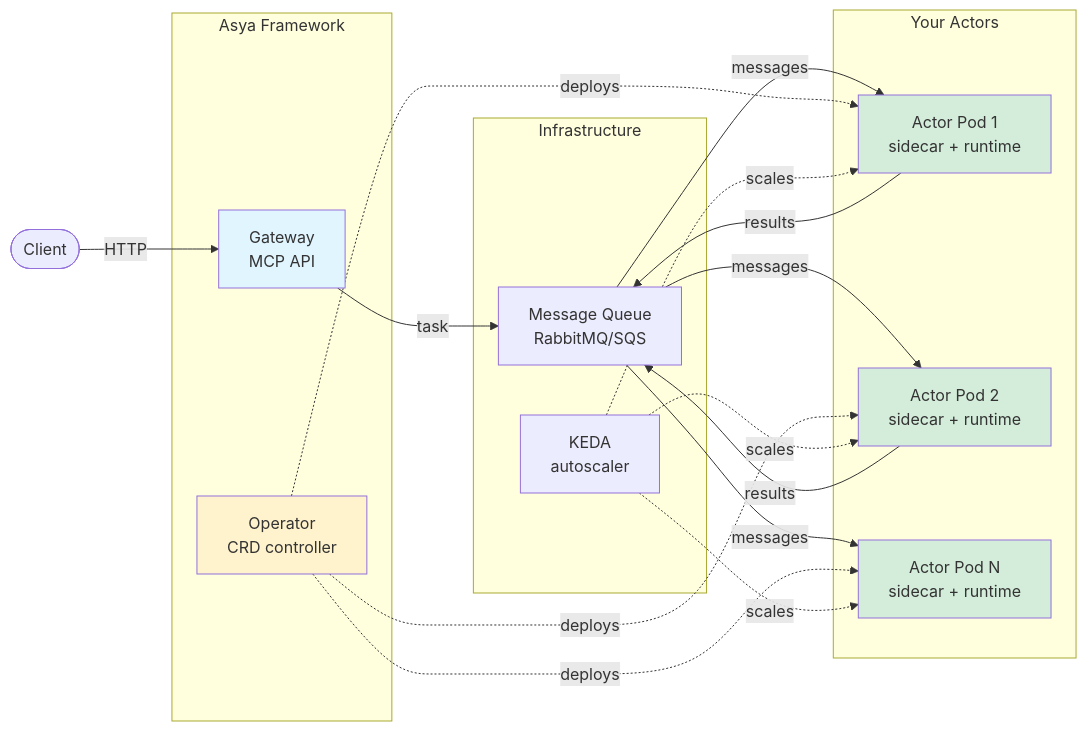
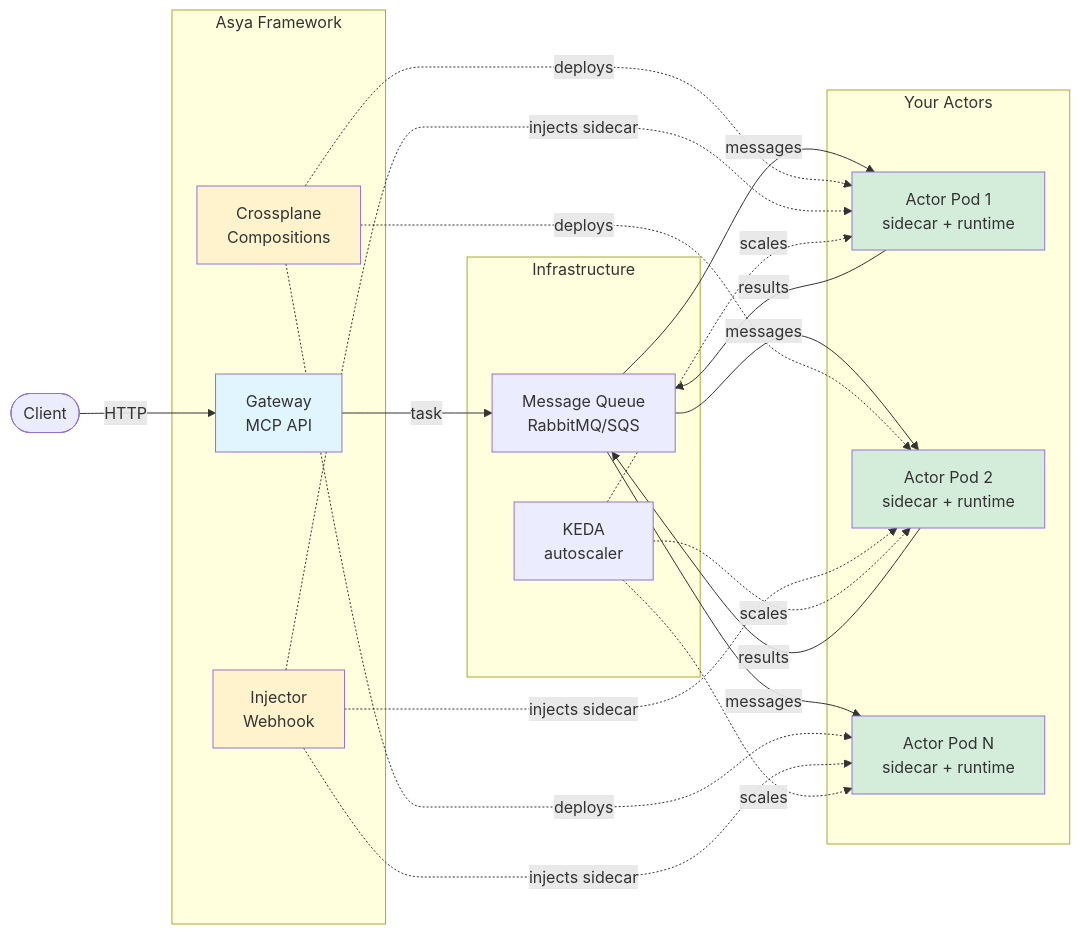
One commit to deliveryhero/asya changed the diagram in docs/architecture/README.md. Above: the diagram before and after it, drawn with Mermaid. The commit also changed other lines of this file and 52 other files, not shown here.

````diff
--- a/docs/architecture/README.md
+++ b/docs/architecture/README.md
@@ -7,41 +7,46 @@
 ```mermaid
 graph LR
     Client([Client])
 
     subgraph "Asya Framework"
         Gateway[Gateway<br/>MCP API]
-        Operator[Operator<br/>CRD controller]
+        Crossplane[Crossplane<br/>Compositions]
+        Injector[Injector<br/>Webhook]
     end
 
     subgraph "Your Actors"
         A1[Actor Pod 1<br/>sidecar + runtime]
         A2[Actor Pod 2<br/>sidecar + runtime]
         A3[Actor Pod N<br/>sidecar + runtime]
     end
 
     subgraph "Infrastructure"
         MQ[Message Queue<br/>RabbitMQ/SQS]
         KEDA[KEDA<br/>autoscaler]
     end
 
     Client -->|HTTP| Gateway
     Gateway -->|task| MQ
     MQ -->|messages| A1
     A1 -->|results| MQ
     MQ -->|messages| A2
     A2 -->|results| MQ
     MQ -->|messages| A3
 
-    Operator -.->|deploys| A1
-    Operator -.->|deploys| A2
-    Operator -.->|deploys| A3
+    Crossplane -.->|deploys| A1
+    Crossplane -.->|deploys| A2
+    Crossplane -.->|deploys| A3
+    Injector -.->|injects sidecar| A1
+    Injector -.->|injects sidecar| A2
+    Injector -.->|injects sidecar| A3
     KEDA -.->|scales| A1
     KEDA -.->|scales| A2
     KEDA -.->|scales| A3
 
     style Gateway fill:#e1f5ff
-    style Operator fill:#fff3cd
+    style Crossplane fill:#fff3cd
+    style Injector fill:#fff3cd
     style A1 fill:#d4edda
     style A2 fill:#d4edda
     style A3 fill:#d4edda
 ```
````
